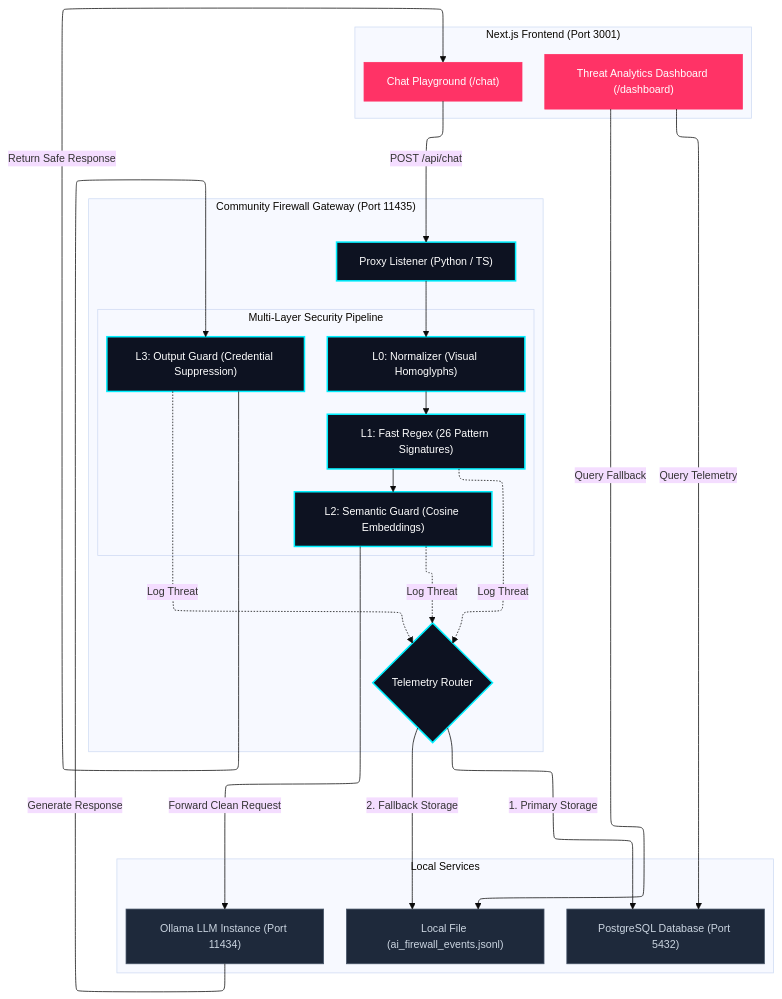
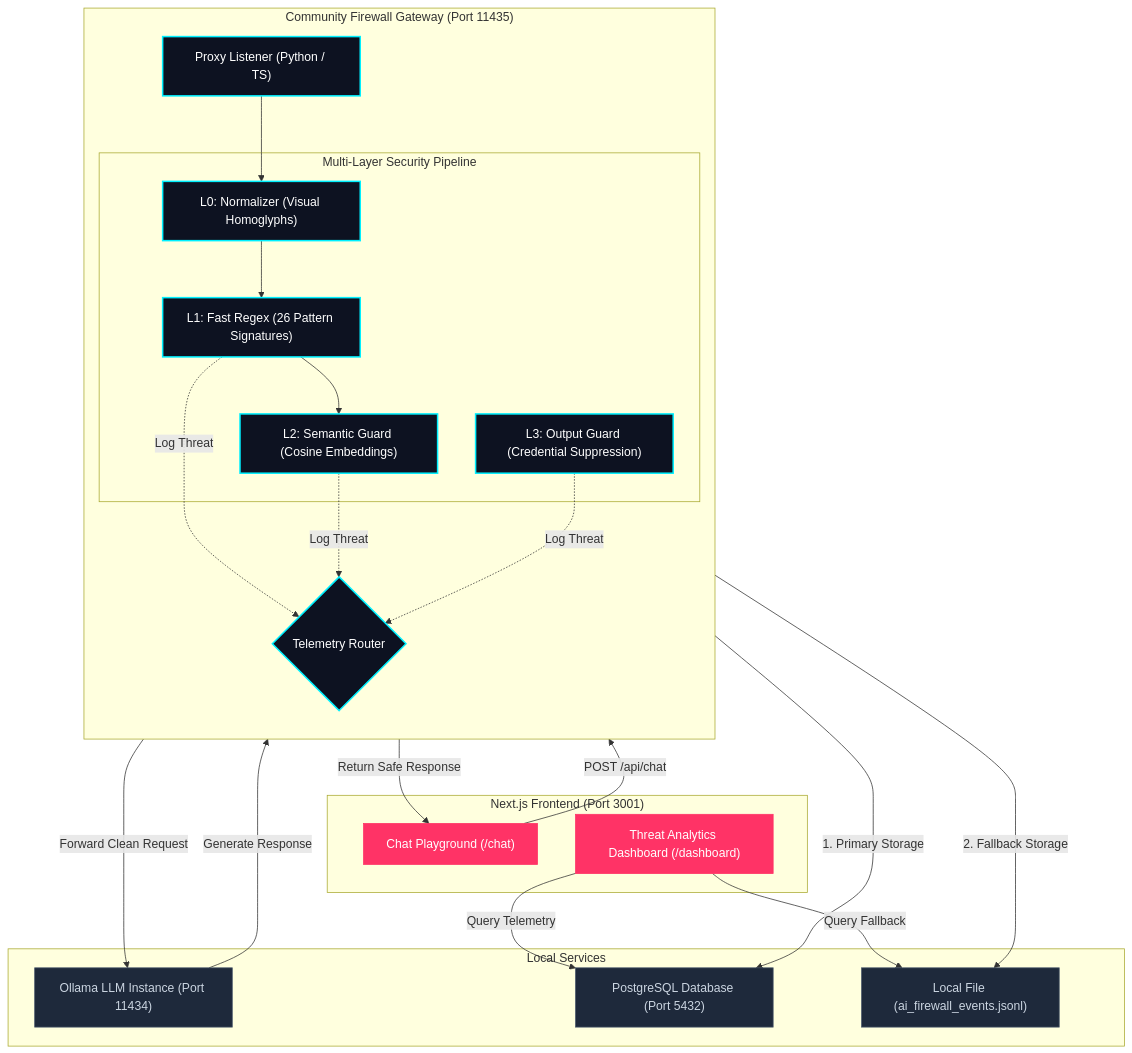
The diagram in README.md (erwinpasia/nz-ainapp-firewall-oss-sandbox), drawn with Mermaid before and after one commit.

Commit message:
docs: update README with new information

````diff
--- a/README.md
+++ b/README.md
@@ -27,59 +27,52 @@
 ```mermaid
----
-config:
-  theme: base
-  themeVariables:
-    fontSize: 14px
-  layout: elk
----
 flowchart TD
     %% Define Styles
     classDef frontend fill:#ff3366,stroke:#ff3366,stroke-width:1px,color:#fff
     classDef gateway fill:#0d1221,stroke:#00f0ff,stroke-width:2px,color:#fff
     classDef local fill:#1e293b,stroke:#475569,stroke-width:1px,color:#cbd5e1
 
     subgraph FE ["Next.js Frontend (Port 3001)"]
         Playground["Chat Playground (/chat)"]:::frontend
         Dashboard["Threat Analytics Dashboard (/dashboard)"]:::frontend
     end
 
     subgraph GW ["Community Firewall Gateway (Port 11435)"]
         direction TB
         ProxyListener["Proxy Listener (Python / TS)"]:::gateway
         
         subgraph Pipeline ["Multi-Layer Security Pipeline"]
             L0["L0: Normalizer (Visual Homoglyphs)"]:::gateway
             L1["L1: Fast Regex (26 Pattern Signatures)"]:::gateway
             L2["L2: Semantic Guard (Cosine Embeddings)"]:::gateway
             L3["L3: Output Guard (Credential Suppression)"]:::gateway
         end
         
         TelemetryRouter{"Telemetry Router"}:::gateway
     end
 
     subgraph LS ["Local Services"]
         Ollama["Ollama LLM Instance (Port 11434)"]:::local
         Postgres["PostgreSQL Database (Port 5432)"]:::local
         LocalFile["Local File (ai_firewall_events.jsonl)"]:::local
     end
 
     %% Routing Flow
     Playground -->|POST /api/chat| ProxyListener
     ProxyListener --> L0
     L0 --> L1
     L1 --> L2
     L2 -->|Forward Clean Request| Ollama
     Ollama -->|Generate Response| L3
     L3 -->|Return Safe Response| Playground
     
     %% Telemetry Paths
     L1 -.->|Log Threat| TelemetryRouter
     L2 -.->|Log Threat| TelemetryRouter
     L3 -.->|Log Threat| TelemetryRouter
     
     TelemetryRouter -->|1. Primary Storage| Postgres
     TelemetryRouter -->|2. Fallback Storage| LocalFile
     
     Dashboard -->|Query Telemetry| Postgres
     Dashboard -->|Query Fallback| LocalFile
 ```
````
